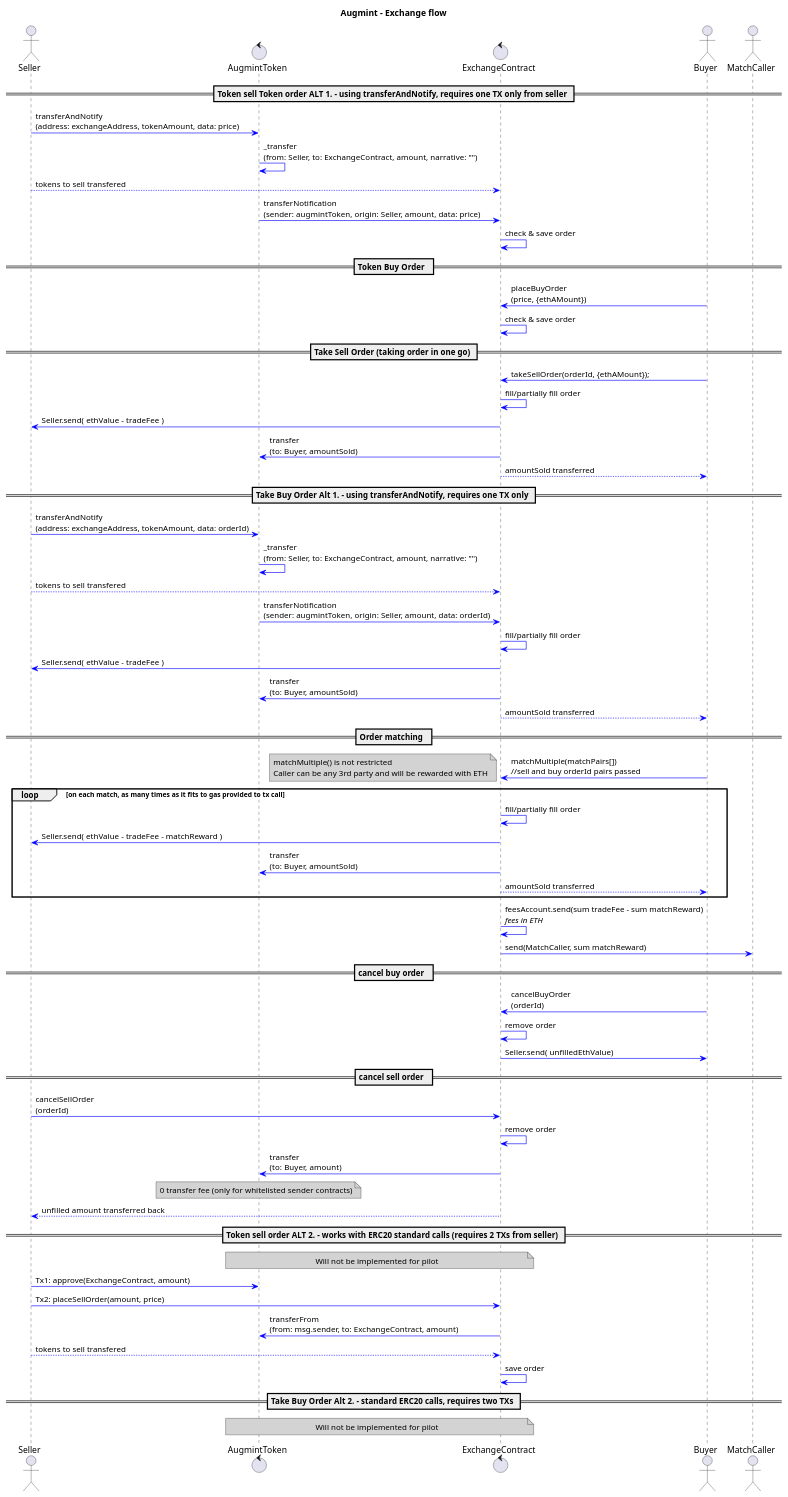
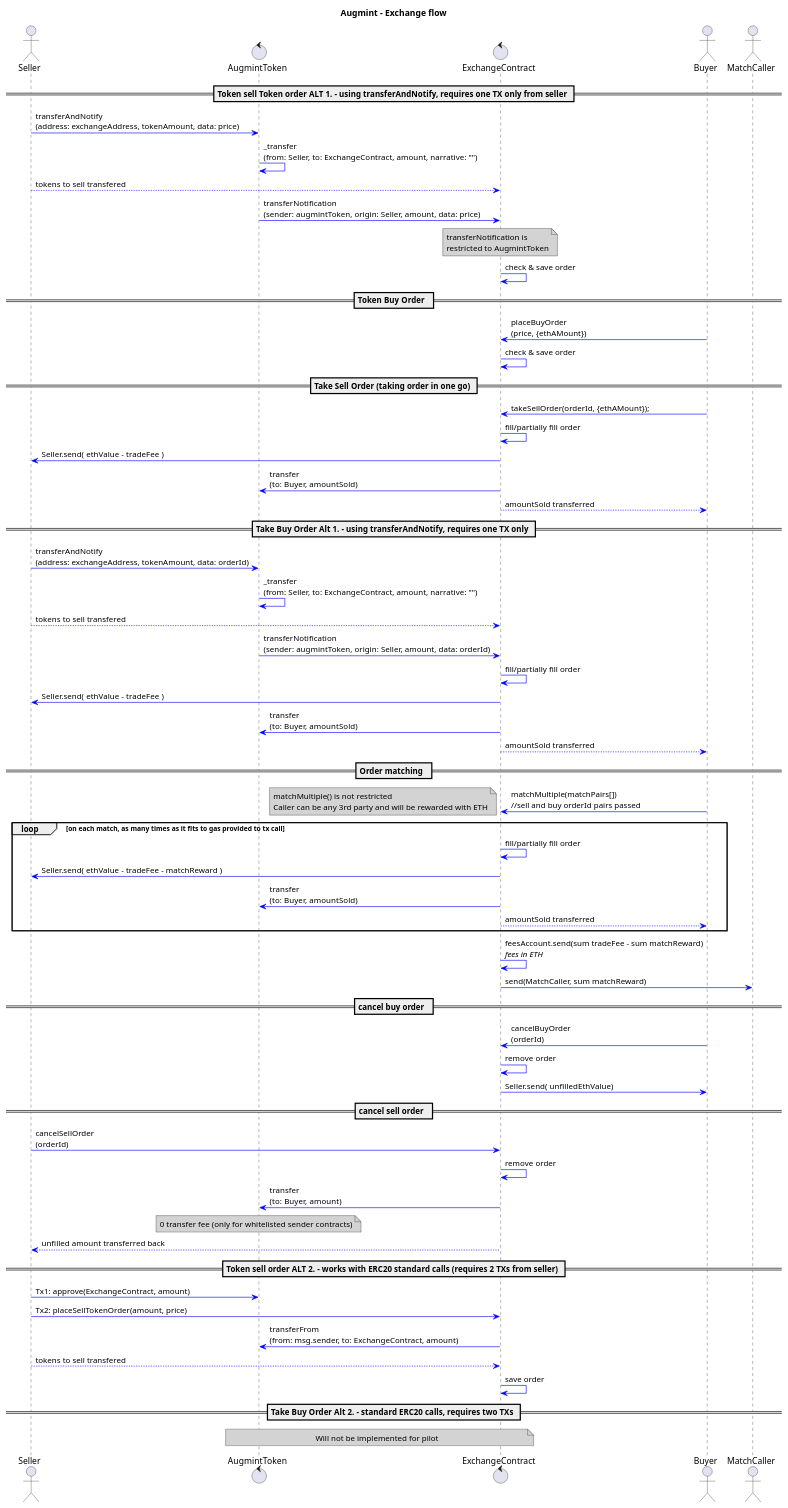
One commit to Augmint/augmint-contracts changed the diagram in docs/exchangeFlow.plantuml. Above: the diagram before and after it, drawn with PlantUML. The commit also changed 5 other files, not shown here.

Commit message:
minor sequence diagram updates (notes + placeSellTokenOrder) #2

```diff
--- a/docs/exchangeFlow.plantuml
+++ b/docs/exchangeFlow.plantuml
@@ -1,83 +1,84 @@
 @startuml
 title **Augmint** - Exchange flow
 skinparam ArrowColor #blue
 skinparam noteBackgroundColor #lightgrey
 actor Seller
 control AugmintToken
 control ExchangeContract
 actor Buyer
 actor MatchCaller
 
 == Token sell Token order ALT 1. - using transferAndNotify, requires one TX only from seller ==
 Seller -> AugmintToken : transferAndNotify\n(address: exchangeAddress, tokenAmount, data: price)
 AugmintToken -> AugmintToken : _transfer\n(from: Seller, to: ExchangeContract, amount, narrative: "")
 Seller --> ExchangeContract : tokens to sell transfered
 AugmintToken -> ExchangeContract : transferNotification\n(sender: augmintToken, origin: Seller, amount, data: price)
+note over ExchangeContract
+    transferNotification is
+    restricted to AugmintToken
+end note
 ExchangeContract -> ExchangeContract : check & save order
 
 == Token Buy Order  ==
 Buyer -> ExchangeContract : placeBuyOrder\n(price, {ethAMount})
 ExchangeContract -> ExchangeContract : check & save order
 
 == Take Sell Order (taking order in one go) ==
 Buyer -> ExchangeContract : takeSellOrder(orderId, {ethAMount});
 ExchangeContract -> ExchangeContract : fill/partially fill order
 ExchangeContract -> Seller : Seller.send( ethValue - tradeFee )
 ExchangeContract -> AugmintToken : transfer\n(to: Buyer, amountSold)
 ExchangeContract --> Buyer : amountSold transferred
 
 == Take Buy Order Alt 1. - using transferAndNotify, requires one TX only ==
 Seller -> AugmintToken : transferAndNotify\n(address: exchangeAddress, tokenAmount, data: orderId)
 AugmintToken -> AugmintToken : _transfer\n(from: Seller, to: ExchangeContract, amount, narrative: "")
 Seller --> ExchangeContract : tokens to sell transfered
 AugmintToken -> ExchangeContract : transferNotification\n(sender: augmintToken, origin: Seller, amount, data: orderId)
 ExchangeContract -> ExchangeContract : fill/partially fill order
 ExchangeContract -> Seller : Seller.send( ethValue - tradeFee )
 ExchangeContract -> AugmintToken : transfer\n(to: Buyer, amountSold)
 ExchangeContract --> Buyer : amountSold transferred
 
 == Order matching  ==
 Buyer -> ExchangeContract : matchMultiple(matchPairs[])\n//sell and buy orderId pairs passed
 note left
     matchMultiple() is not restricted
     Caller can be any 3rd party and will be rewarded with ETH
 end note
 loop on each match, as many times as it fits to gas provided to tx call
     ExchangeContract -> ExchangeContract : fill/partially fill order
     ExchangeContract -> Seller : Seller.send( ethValue - tradeFee - matchReward )
     ExchangeContract -> AugmintToken : transfer\n(to: Buyer, amountSold)
     ExchangeContract --> Buyer : amountSold transferred
 end
 ExchangeContract -> ExchangeContract : feesAccount.send(sum tradeFee - sum matchReward)\n//fees in ETH//
 ExchangeContract -> MatchCaller : send(MatchCaller, sum matchReward)
 
 == cancel buy order  ==
 Buyer -> ExchangeContract : cancelBuyOrder\n(orderId)
 ExchangeContract -> ExchangeContract : remove order
 ExchangeContract -> Buyer : Seller.send( unfilledEthValue)
 
 == cancel sell order  ==
 Seller -> ExchangeContract : cancelSellOrder\n(orderId)
 ExchangeContract -> ExchangeContract : remove order
 ExchangeContract -> AugmintToken : transfer\n(to: Buyer, amount)
 note over AugmintToken
     0 transfer fee (only for whitelisted sender contracts)
 end note
 ExchangeContract --> Seller : unfilled amount transferred back
 
 == Token sell order ALT 2. - works with ERC20 standard calls (requires 2 TXs from seller) ==
-note over AugmintToken, ExchangeContract
-    Will not be implemented for pilot
-end note
 Seller -> AugmintToken : Tx1: approve(ExchangeContract, amount)
-Seller -> ExchangeContract : Tx2: placeSellOrder(amount, price)
+Seller -> ExchangeContract : Tx2: placeSellTokenOrder(amount, price)
 ExchangeContract -> AugmintToken : transferFrom\n(from: msg.sender, to: ExchangeContract, amount)
 Seller --> ExchangeContract : tokens to sell transfered
 ExchangeContract -> ExchangeContract : save order
 
 == Take Buy Order Alt 2. - standard ERC20 calls, requires two TXs ==
 note over AugmintToken, ExchangeContract
     Will not be implemented for pilot
 end note
 
 @enduml
```
